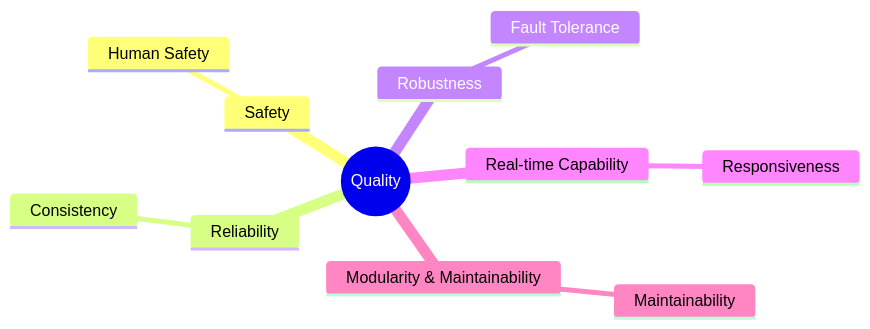
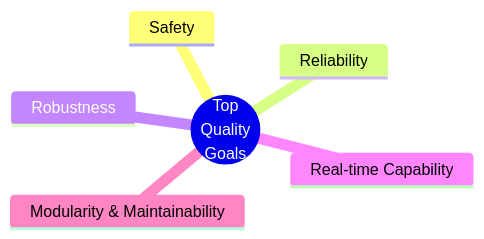
Before and after one commit to una-auxme/arlab: the first of 6 diagrams in doc/10. Quality Requirements.md, drawn with Mermaid. The commit also changed other lines of this file, not shown here.

Commit message:
'10. Quality Requirements.md' - All tables and graphics improved.

````diff
--- a/doc/10. Quality Requirements.md
+++ b/doc/10. Quality Requirements.md
@@ -17,14 +17,11 @@
 ```mermaid
 mindmap
-  root((Quality))
+  root((Top
+      Quality
+      Goals))
     Safety
-      Human Safety
     Reliability
-      Consistency
     Robustness
-      Fault Tolerance
     Real-time Capability
-      Responsiveness
     Modularity & Maintainability
-      Maintainability
 ```
````
